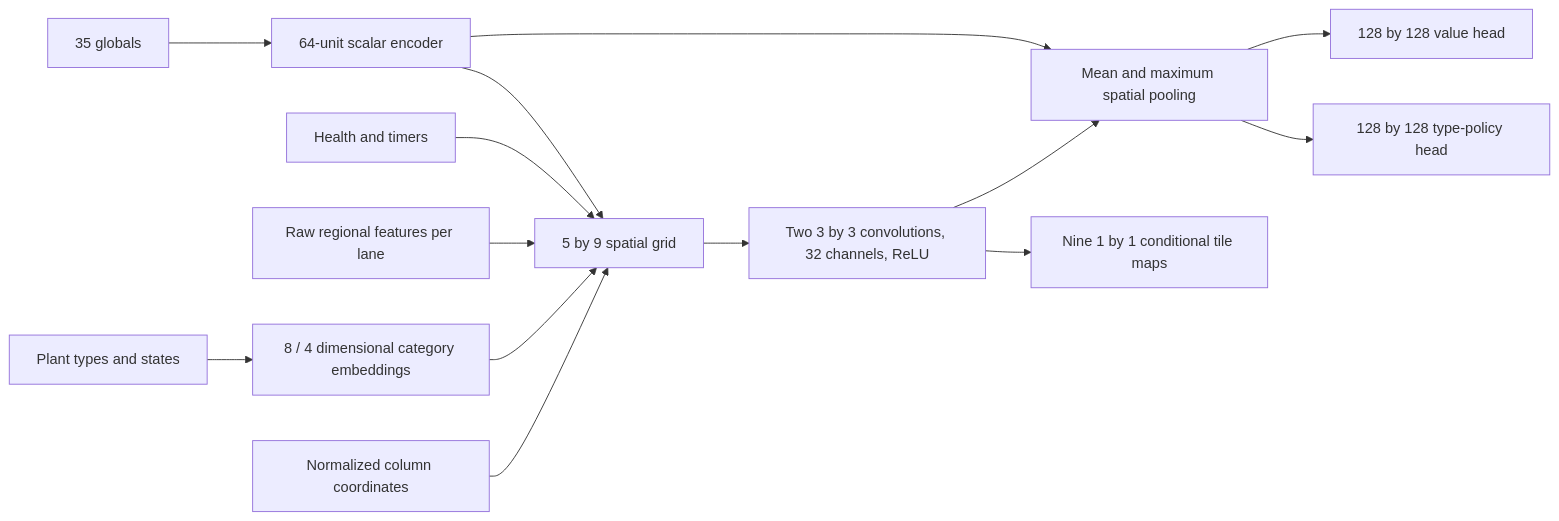
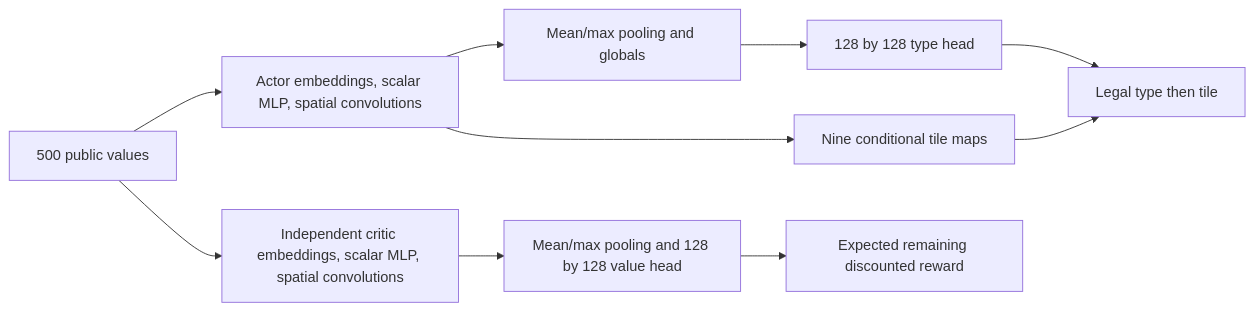
Before and after one commit to Comb1e/RL-Pvz: the second of 3 diagrams in docs/architecture.md, drawn with Mermaid. The commit also changed other lines of this file and 27 other files, not shown here.

Commit message:
feat(training): separate policy and value learning

````diff
--- a/docs/architecture.md
+++ b/docs/architecture.md
@@ -61,16 +64,12 @@
 ```mermaid
 flowchart LR
-    Plants[Plant types and states] --> Embed[8 / 4 dimensional category embeddings]
-    Embed --> Grid[5 by 9 spatial grid]
-    Health[Health and timers] --> Grid
-    Regions[Raw regional features per lane] --> Grid
-    Global[35 globals] --> Scalar[64-unit scalar encoder]
-    Scalar --> Grid
-    Columns[Normalized column coordinates] --> Grid
-    Grid --> Conv[Two 3 by 3 convolutions, 32 channels, ReLU]
-    Conv --> Tiles[Nine 1 by 1 conditional tile maps]
-    Conv --> Pool[Mean and maximum spatial pooling]
-    Scalar --> Pool
-    Pool --> Type[128 by 128 type-policy head]
-    Pool --> Value[128 by 128 value head]
+    Obs[500 public values] --> Actor[Actor embeddings, scalar MLP, spatial convolutions]
+    Obs --> Critic[Independent critic embeddings, scalar MLP, spatial convolutions]
+    Actor --> Tiles[Nine conditional tile maps]
+    Actor --> Pool[Mean/max pooling and globals]
+    Pool --> Type[128 by 128 type head]
+    Critic --> Value[Mean/max pooling and 128 by 128 value head]
+    Type --> Action[Legal type then tile]
+    Tiles --> Action
+    Value --> Estimate[Expected remaining discounted reward]
 ```
````
